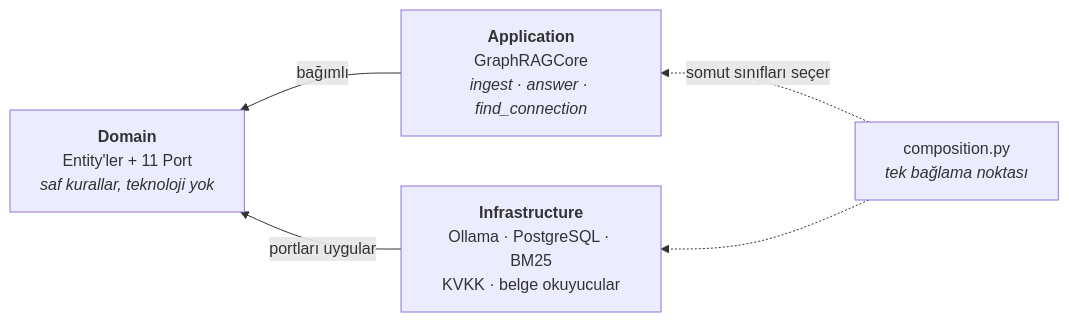
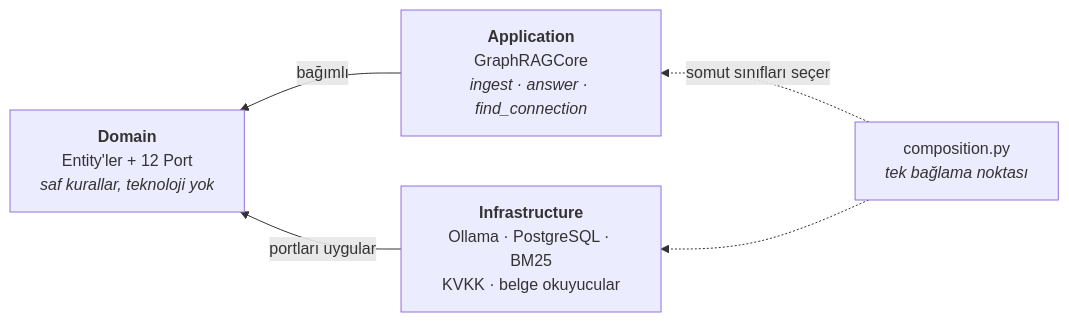
Before and after one commit to selimdogann/arsiv-zekasi-graphrag: the second of 3 diagrams in README.md, drawn with Mermaid. The commit also changed other lines of this file and 2 other files, not shown here.

````diff
--- a/README.md
+++ b/README.md
@@ -123,12 +135,12 @@
 ```mermaid
 flowchart RL
     A["<b>Application</b><br/>GraphRAGCore<br/><i>ingest · answer · find_connection</i>"]
     I["<b>Infrastructure</b><br/>Ollama · PostgreSQL · BM25<br/>KVKK · belge okuyucular"]
-    D["<b>Domain</b><br/>Entity'ler + 11 Port<br/><i>saf kurallar, teknoloji yok</i>"]
+    D["<b>Domain</b><br/>Entity'ler + 12 Port<br/><i>saf kurallar, teknoloji yok</i>"]
     C["composition.py<br/><i>tek bağlama noktası</i>"]
 
     A -- "bağımlı" --> D
     I -- "portları uygular" --> D
     C -. "somut sınıfları seçer" .-> A
     C -.-> I
 ```
````
